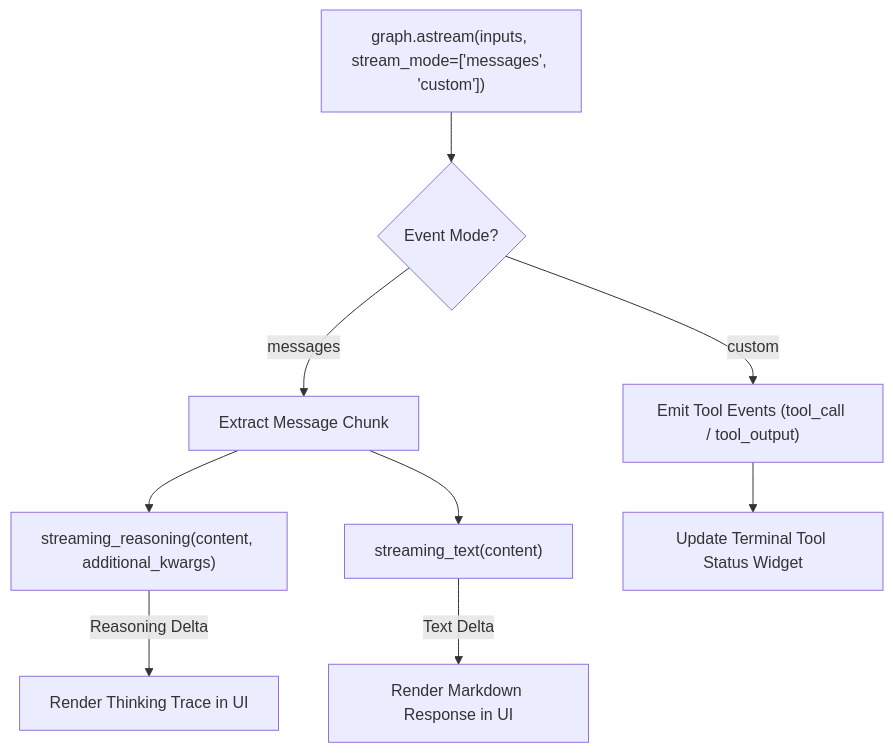
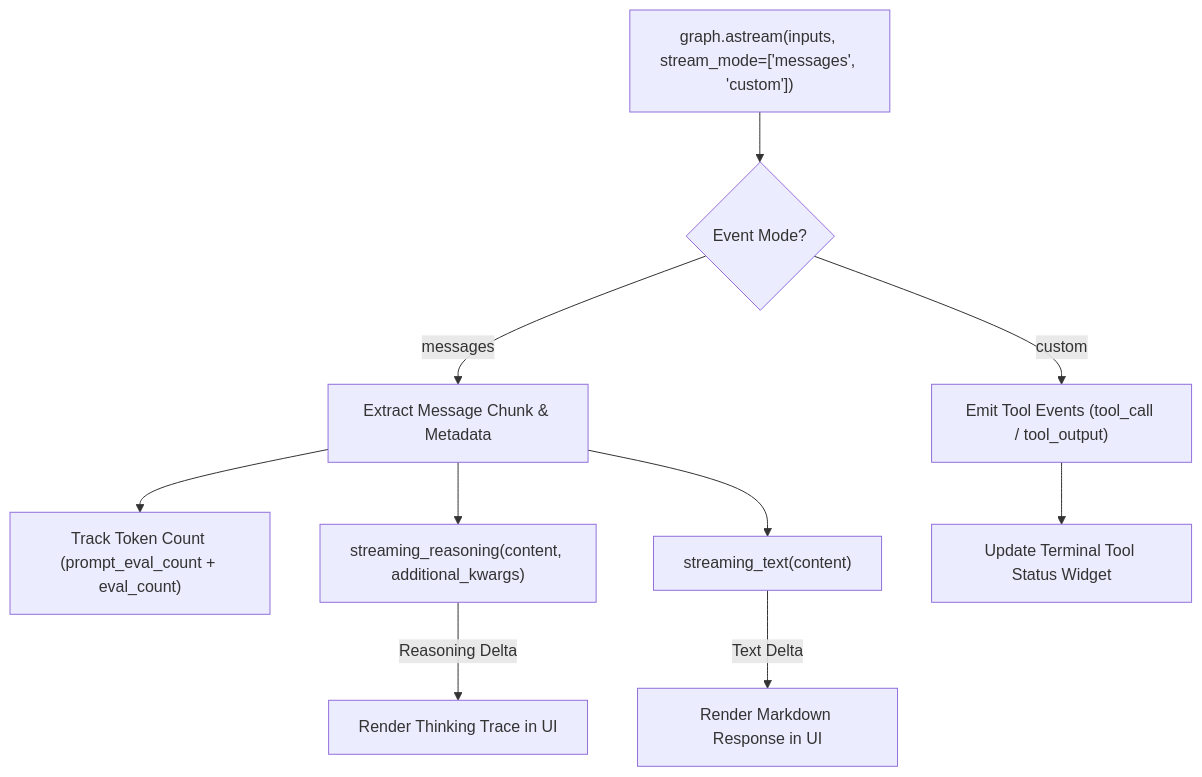
Before and after one commit to arrase/ollama-agent: the fifth of 8 diagrams in docs/architecture.md, drawn with Mermaid. The commit also changed other lines of this file and 9 other files, not shown here.

````diff
--- a/docs/architecture.md
+++ b/docs/architecture.md
@@ -127,15 +151,16 @@
 ```mermaid
 flowchart TD
     A["graph.astream(inputs, stream_mode=['messages', 'custom'])"] --> B{"Event Mode?"}
     
     B -- "custom" --> C["Emit Tool Events (tool_call / tool_output)"]
-    B -- "messages" --> D["Extract Message Chunk"]
+    B -- "messages" --> D["Extract Message Chunk & Metadata"]
     
-    D --> E["streaming_reasoning(content, additional_kwargs)"]
-    D --> F["streaming_text(content)"]
+    D --> E["Track Token Count (prompt_eval_count + eval_count)"]
+    D --> F["streaming_reasoning(content, additional_kwargs)"]
+    D --> G["streaming_text(content)"]
     
-    E -- "Reasoning Delta" --> G["Render Thinking Trace in UI"]
-    F -- "Text Delta" --> H["Render Markdown Response in UI"]
+    F -- "Reasoning Delta" --> H["Render Thinking Trace in UI"]
+    G -- "Text Delta" --> I["Render Markdown Response in UI"]
     
-    C --> I["Update Terminal Tool Status Widget"]
+    C --> J["Update Terminal Tool Status Widget"]
 ```
````
